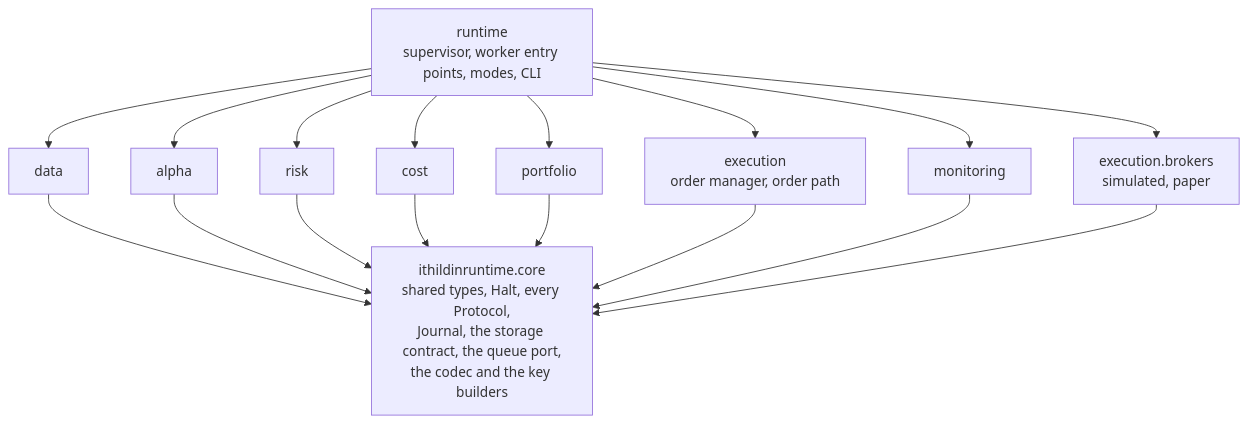
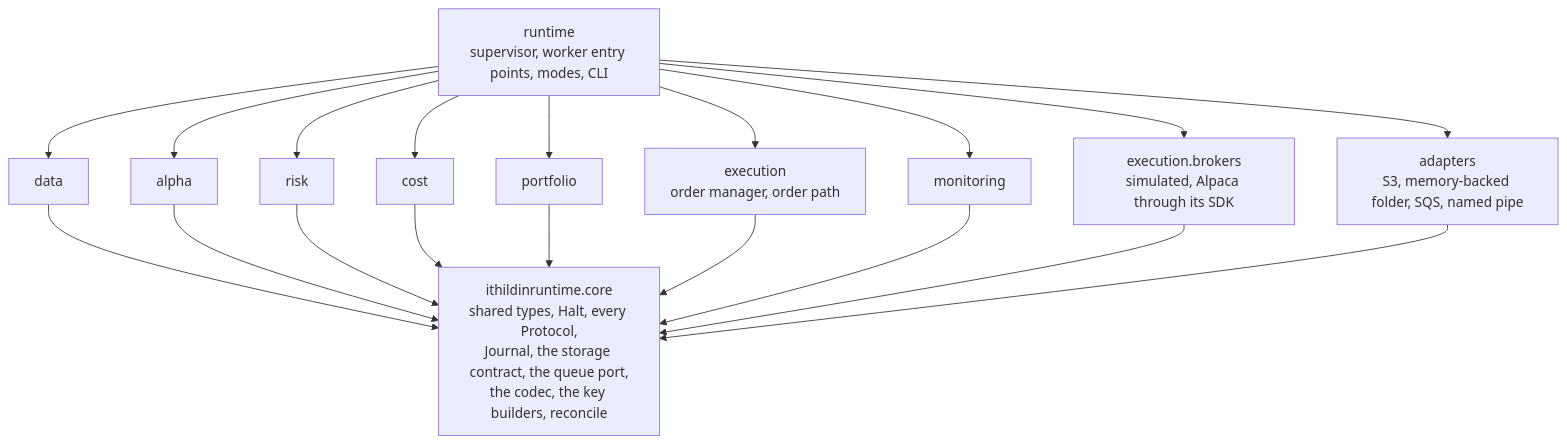
Diagram 16 of 16 in docs/architecture.md (l3a0/ithildin-runtime), drawn with Mermaid before and after one commit. The commit also changed other lines of this file and 4 other files, not shown here.

````diff
--- a/docs/architecture.md
+++ b/docs/architecture.md
@@ -2402,30 +2509,33 @@
 ```mermaid
 flowchart TB
-    core["ithildinruntime.core<br/>shared types, Halt, every Protocol,<br/>Journal, the storage contract, the queue port,<br/>the codec and the key builders"]
+    core["ithildinruntime.core<br/>shared types, Halt, every Protocol,<br/>Journal, the storage contract, the queue port,<br/>the codec, the key builders, reconcile"]
+    adapters["adapters<br/>S3, memory-backed folder, SQS, named pipe"]
     data["data"]
     alpha["alpha"]
     risk["risk"]
     cost["cost"]
     portfolio["portfolio"]
     execution["execution<br/>order manager, order path"]
-    brokers["execution.brokers<br/>simulated, paper"]
+    brokers["execution.brokers<br/>simulated, Alpaca through its SDK"]
     monitoring["monitoring"]
     runtime["runtime<br/>supervisor, worker entry points, modes, CLI"]
 
     data --> core
     alpha --> core
     risk --> core
     cost --> core
     portfolio --> core
     execution --> core
     monitoring --> core
     brokers --> core
+    adapters --> core
+    runtime --> adapters
     runtime --> data
     runtime --> alpha
     runtime --> risk
     runtime --> cost
     runtime --> portfolio
     runtime --> execution
     runtime --> brokers
     runtime --> monitoring
 ```
````
